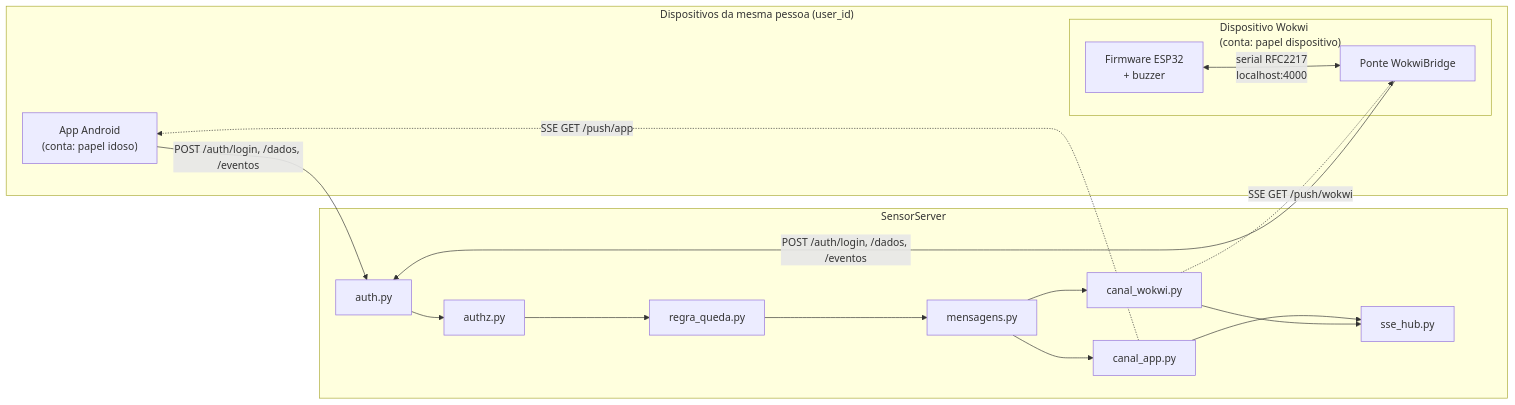
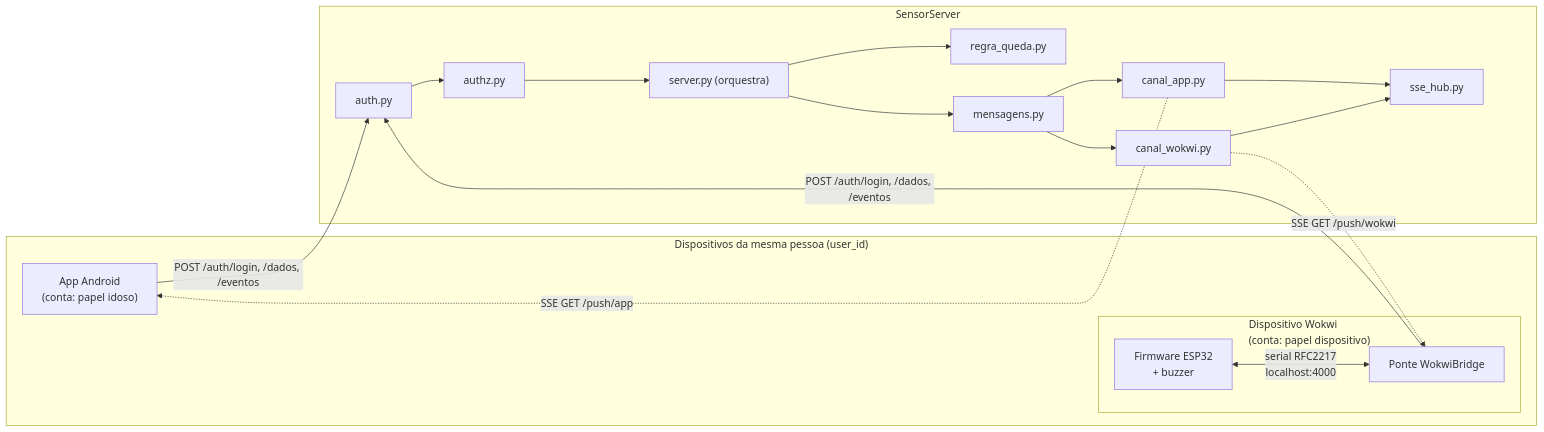
One commit to UFG-INF-SSU-2026/Flow changed the first of 5 diagrams in docs/arquitetura.md. Above: the diagram before and after it, drawn with Mermaid. The commit also changed other lines of this file and 1 other file, not shown here.

Commit message:
docs: atualizando documentação para refletir estado atual do server

````diff
--- a/docs/arquitetura.md
+++ b/docs/arquitetura.md
@@ -82,31 +83,34 @@
 ```mermaid
 flowchart LR
     subgraph Disp["Dispositivos da mesma pessoa (user_id)"]
         APP["App Android<br/>(conta: papel idoso)"]
         subgraph WK["Dispositivo Wokwi<br/>(conta: papel dispositivo)"]
             ESP["Firmware ESP32<br/>+ buzzer"]
             BR["Ponte WokwiBridge"]
             ESP <-->|"serial RFC2217<br/>localhost:4000"| BR
         end
     end
 
     subgraph SRV["SensorServer"]
         AUTH["auth.py"]
         AUTHZ["authz.py"]
+        SRVP["server.py (orquestra)"]
         RQ["regra_queda.py"]
         MSG["mensagens.py"]
         CA["canal_app.py"]
         CW["canal_wokwi.py"]
         HUB["sse_hub.py"]
         CA --> HUB
         CW --> HUB
     end
 
     APP -->|"POST /auth/login, /dados, /eventos"| AUTH
     BR  -->|"POST /auth/login, /dados, /eventos"| AUTH
-    AUTH --> AUTHZ --> RQ --> MSG
+    AUTH --> AUTHZ --> SRVP
+    SRVP --> RQ
+    SRVP --> MSG
     MSG --> CA
     MSG --> CW
     CA -.->|"SSE GET /push/app"| APP
     CW -.->|"SSE GET /push/wokwi"| BR
 ```
````
